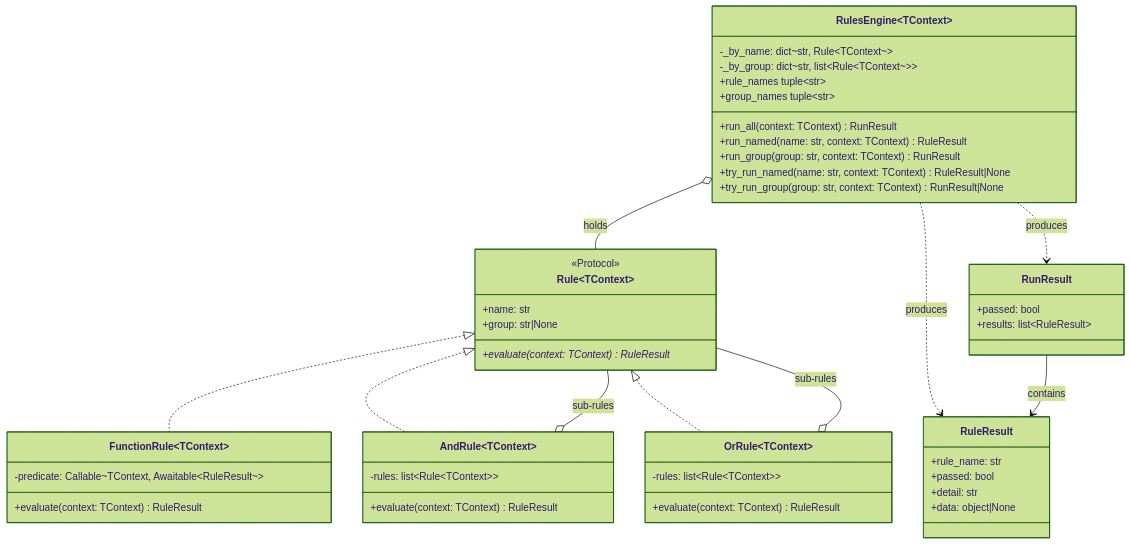
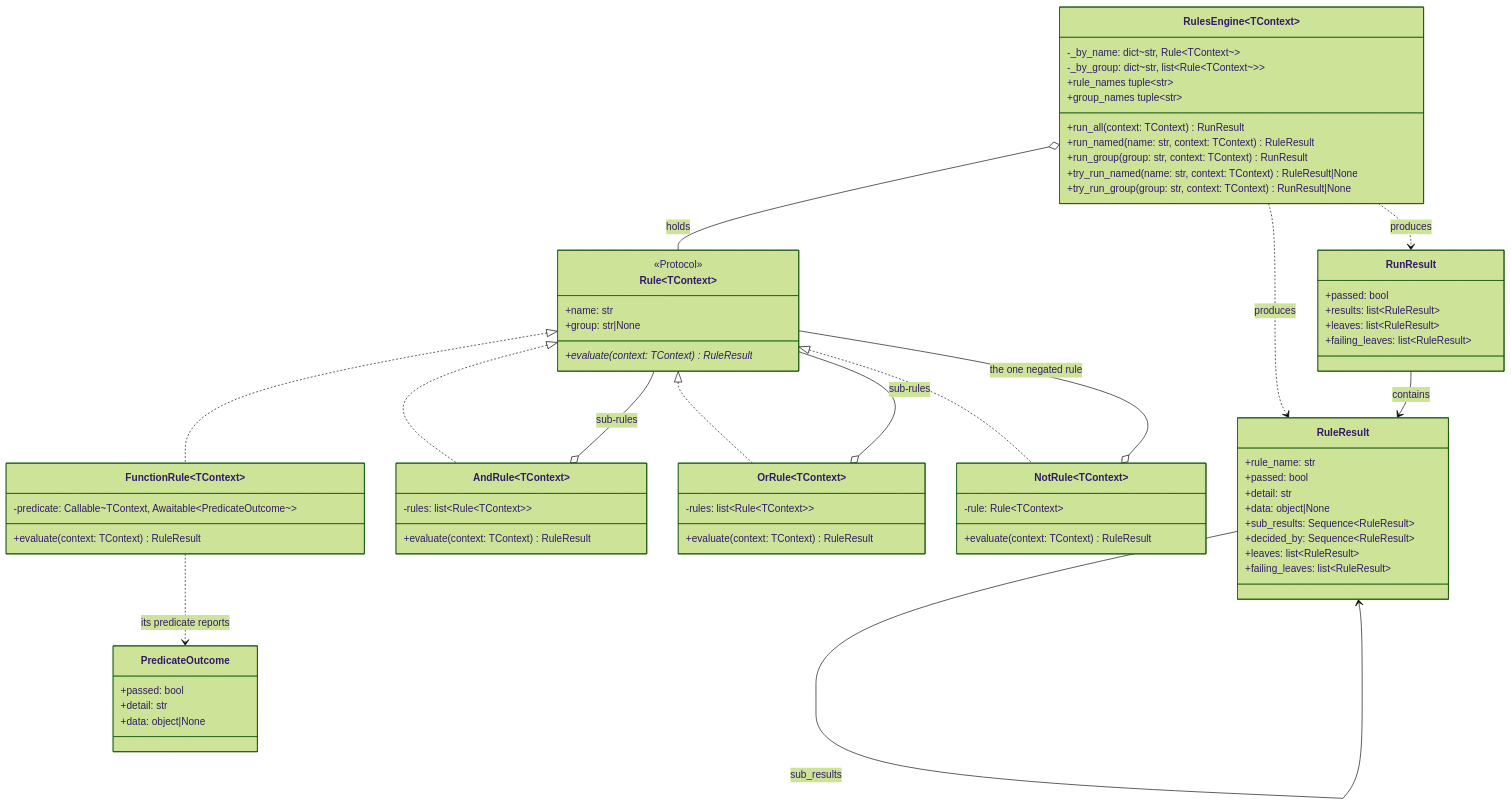
The diagram in docs/architecture/python.md (pawan-vyas/verdict-rules), drawn with Mermaid (forest theme) before and after one commit. The commit also changed other lines of this file and 3 other files, not shown here.

````diff
--- a/docs/architecture/python.md
+++ b/docs/architecture/python.md
@@ -29,52 +29,71 @@
 ```mermaid
 classDiagram
     class Rule~TContext~ {
         <<Protocol>>
         +name: str
         +group: str|None
         +evaluate(context: TContext)* RuleResult
     }
+    class PredicateOutcome {
+        +passed: bool
+        +detail: str
+        +data: object|None
+    }
     class FunctionRule~TContext~ {
-        -predicate: Callable~TContext, Awaitable~RuleResult~~
+        -predicate: Callable~TContext, Awaitable~PredicateOutcome~~
         +evaluate(context: TContext) RuleResult
     }
     class AndRule~TContext~ {
         -rules: list~Rule~TContext~~
         +evaluate(context: TContext) RuleResult
     }
     class OrRule~TContext~ {
         -rules: list~Rule~TContext~~
+        +evaluate(context: TContext) RuleResult
+    }
+    class NotRule~TContext~ {
+        -rule: Rule~TContext~
         +evaluate(context: TContext) RuleResult
     }
     class RulesEngine~TContext~ {
         -_by_name: dict~str, Rule~TContext~~
         -_by_group: dict~str, list~Rule~TContext~~~
         +run_all(context: TContext) RunResult
         +run_named(name: str, context: TContext) RuleResult
         +run_group(group: str, context: TContext) RunResult
         +try_run_named(name: str, context: TContext) RuleResult|None
         +try_run_group(group: str, context: TContext) RunResult|None
         +rule_names tuple~str~
         +group_names tuple~str~
     }
     class RuleResult {
         +rule_name: str
         +passed: bool
         +detail: str
         +data: object|None
+        +sub_results: Sequence~RuleResult~
+        +decided_by: Sequence~RuleResult~
+        +leaves: list~RuleResult~
+        +failing_leaves: list~RuleResult~
     }
     class RunResult {
         +passed: bool
         +results: list~RuleResult~
+        +leaves: list~RuleResult~
+        +failing_leaves: list~RuleResult~
     }
 
     Rule <|.. FunctionRule
     Rule <|.. AndRule
     Rule <|.. OrRule
+    Rule <|.. NotRule
+    FunctionRule ..> PredicateOutcome : its predicate reports
     AndRule o-- Rule : sub-rules
     OrRule o-- Rule : sub-rules
+    NotRule o-- Rule : the one negated rule
     RulesEngine o-- Rule : holds
     RulesEngine ..> RuleResult : produces
     RulesEngine ..> RunResult : produces
     RunResult --> RuleResult : contains
+    RuleResult --> RuleResult : sub_results
 ```
````
